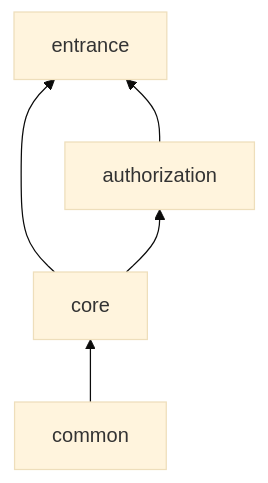
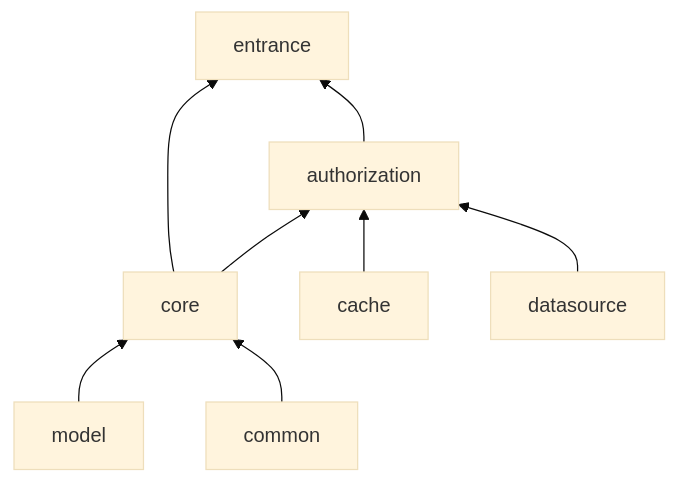
One commit to Utomcat/base-framework changed the diagram in README.md. Above: the diagram before and after it, drawn with Mermaid (base theme). The commit also changed other lines of this file and 46 other files, not shown here.

````diff
--- a/README.md
+++ b/README.md
@@ -19,6 +37,10 @@
 ```mermaid
 graph BT;
-    common --> core --> authorization
+    model --> core
+    common --> core 
+    core --> authorization
     core --> entrance
+    cache --> authorization
+    datasource --> authorization
     authorization --> entrance
 ```
````
